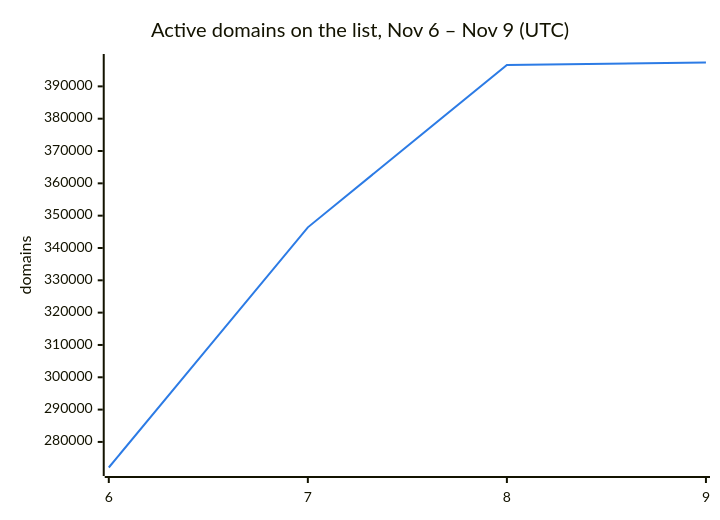
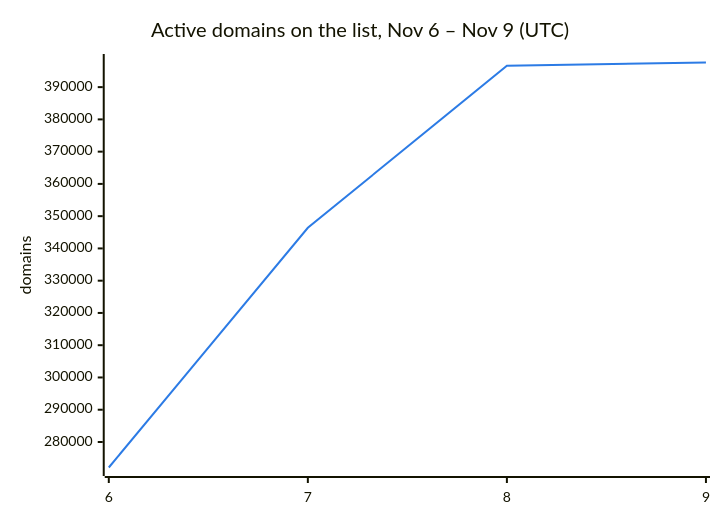
One commit to DNSBunker/CTI changed the second of 3 diagrams in README.md. Above: the diagram before and after it, drawn with Mermaid. The commit also changed other lines of this file and 3 other files, not shown here.

````diff
--- a/README.md
+++ b/README.md
@@ -38,8 +38,8 @@
 ```mermaid
 %%{init: {"themeVariables": {"xyChart": {"plotColorPalette": "#2c7be5"}}}}%%
 xychart-beta
     title "Active domains on the list, Nov 6 – Nov 9 (UTC)"
     x-axis ["6", "7", "8", "9"]
     y-axis "domains"
-    line [272088, 346388, 396638, 397386]
+    line [272088, 346388, 396638, 397636]
 ```
````
